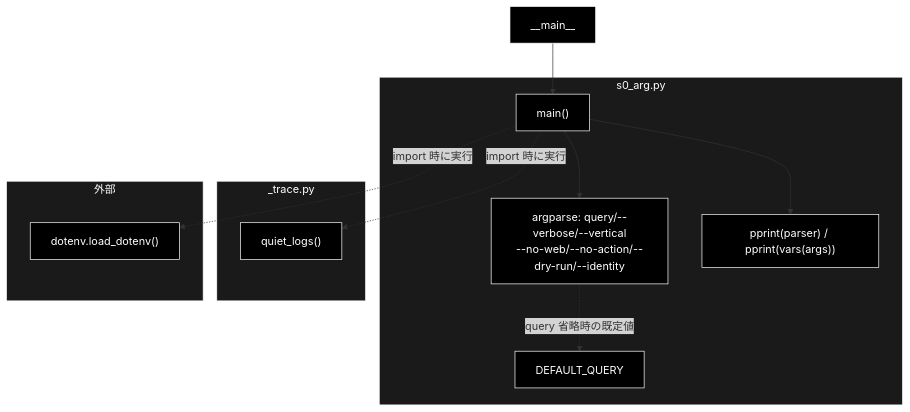
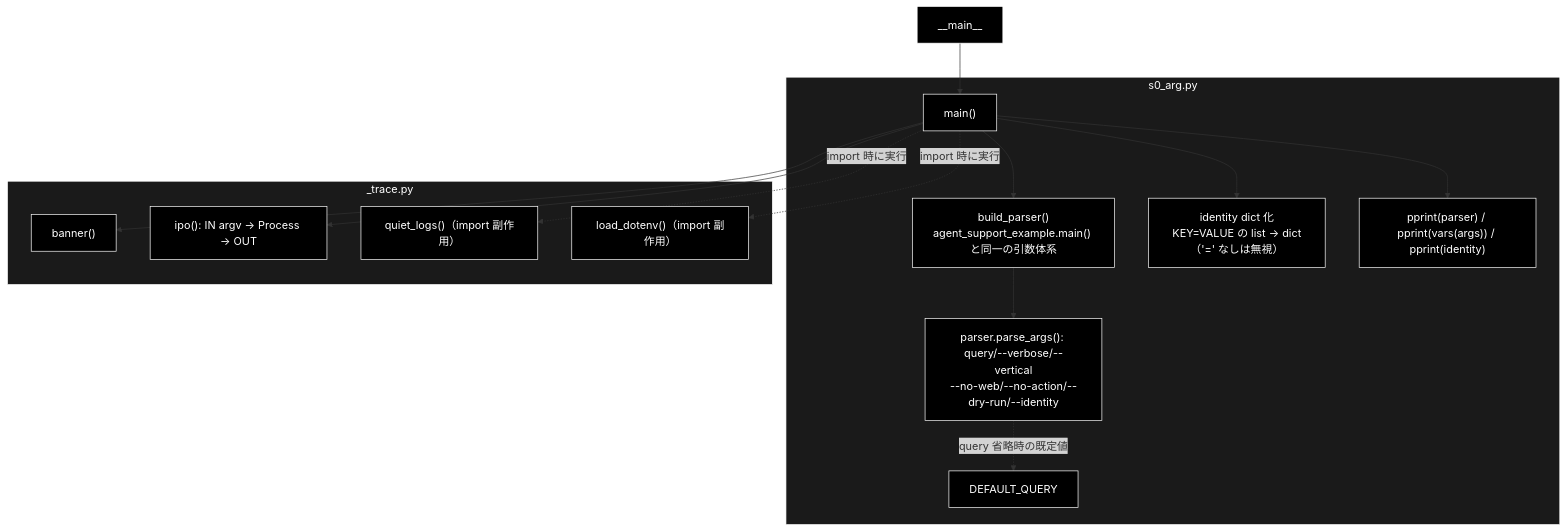
Before and after one commit to nakashima2toshio/anthropic_grace_agent_v2: the second of 2 diagrams in grace/step_trace/docs/s0_arg.md, drawn with Mermaid. The commit also changed other lines of this file and 8 other files, not shown here.

````diff
--- a/grace/step_trace/docs/s0_arg.md
+++ b/grace/step_trace/docs/s0_arg.md
@@ -84,28 +99,33 @@
 ```mermaid
 flowchart TB
     ENTRY["__main__"]
     subgraph MOD_S0["s0_arg.py"]
         MAIN["main()"]
-        ARGS["argparse: query/--verbose/--vertical<br>--no-web/--no-action/--dry-run/--identity"]
-        PP["pprint(parser) / pprint(vars(args))"]
+        BP["build_parser()<br>agent_support_example.main() と同一の引数体系"]
+        ARGS["parser.parse_args(): query/--verbose/--vertical<br>--no-web/--no-action/--dry-run/--identity"]
+        IDD["identity dict 化<br>KEY=VALUE の list → dict（'=' なしは無視）"]
+        PP["pprint(parser) / pprint(vars(args)) / pprint(identity)"]
         DQ["DEFAULT_QUERY"]
     end
     subgraph MOD_TRACE["_trace.py"]
-        QL["quiet_logs()"]
-    end
-    subgraph MOD_EXT["外部"]
-        ENV["dotenv.load_dotenv()"]
+        BN["banner()"]
+        IPO["ipo(): IN argv → Process → OUT"]
+        QL["quiet_logs()（import 副作用）"]
+        ENV["load_dotenv()（import 副作用）"]
     end
     ENTRY --> MAIN
-    MAIN --> ARGS
+    MAIN --> BP
+    BP --> ARGS
     ARGS -.->|"query 省略時の既定値"| DQ
+    MAIN --> IDD
+    MAIN --> BN
+    MAIN --> IPO
     MAIN --> PP
     MAIN -.->|"import 時に実行"| QL
     MAIN -.->|"import 時に実行"| ENV
 classDef default fill:#000,stroke:#fff,color:#fff
 classDef subgraphStyle fill:#1a1a1a,stroke:#fff,color:#fff
-class ENTRY,MAIN,ARGS,PP,DQ,QL,ENV default
+class ENTRY,MAIN,BP,ARGS,IDD,PP,DQ,BN,IPO,QL,ENV default
 style MOD_S0 fill:#1a1a1a,stroke:#fff,color:#fff
 style MOD_TRACE fill:#1a1a1a,stroke:#fff,color:#fff
-style MOD_EXT fill:#1a1a1a,stroke:#fff,color:#fff
 ```
````
